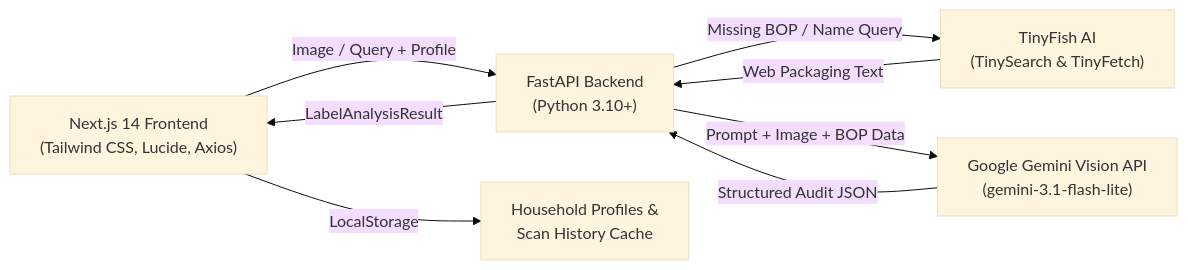
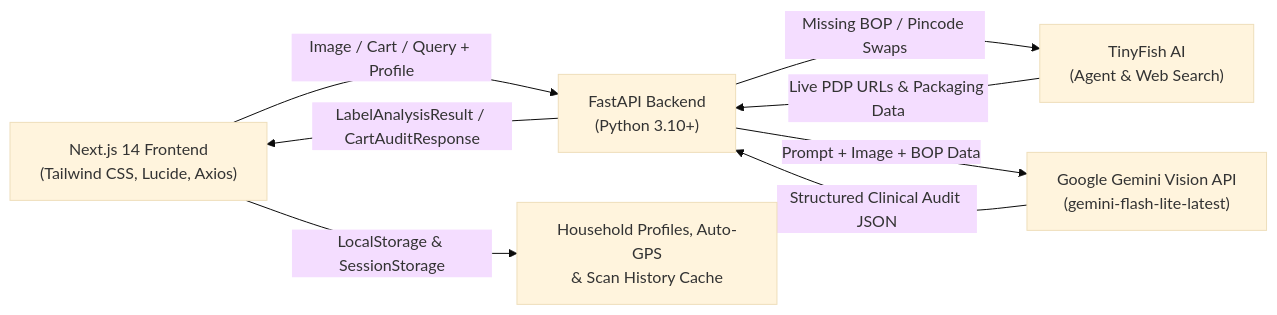
One commit to palakaggarwal27/LabelTruth changed the diagram in README.md. Above: the diagram before and after it, drawn with Mermaid (base theme). The commit also changed other lines of this file, not shown here.

Commit message:
docs: update README with Cart Audit, Compare Products, TinyFish autonomous navigation, and dynamic disease scoring

````diff
--- a/README.md
+++ b/README.md
@@ -63,10 +86,10 @@
 ```mermaid
 flowchart LR
-    A["Next.js 14 Frontend<br/>(Tailwind CSS, Lucide, Axios)"] -->|"Image / Query + Profile"| B["FastAPI Backend<br/>(Python 3.10+)"]
-    B -->|"Missing BOP / Name Query"| E["TinyFish AI<br/>(TinySearch & TinyFetch)"]
-    E -->|"Web Packaging Text"| B
-    B -->|"Prompt + Image + BOP Data"| C["Google Gemini Vision API<br/>(gemini-3.1-flash-lite)"]
-    C -->|"Structured Audit JSON"| B
-    B -->|"LabelAnalysisResult"| A
-    A -->|"LocalStorage"| D["Household Profiles &<br/>Scan History Cache"]
+    A["Next.js 14 Frontend<br/>(Tailwind CSS, Lucide, Axios)"] -->|"Image / Cart / Query + Profile"| B["FastAPI Backend<br/>(Python 3.10+)"]
+    B -->|"Missing BOP / Pincode Swaps"| E["TinyFish AI<br/>(Agent & Web Search)"]
+    E -->|"Live PDP URLs & Packaging Data"| B
+    B -->|"Prompt + Image + BOP Data"| C["Google Gemini Vision API<br/>(gemini-flash-lite-latest)"]
+    C -->|"Structured Clinical Audit JSON"| B
+    B -->|"LabelAnalysisResult / CartAuditResponse"| A
+    A -->|"LocalStorage & SessionStorage"| D["Household Profiles, Auto-GPS<br/>& Scan History Cache"]
 ```
````
